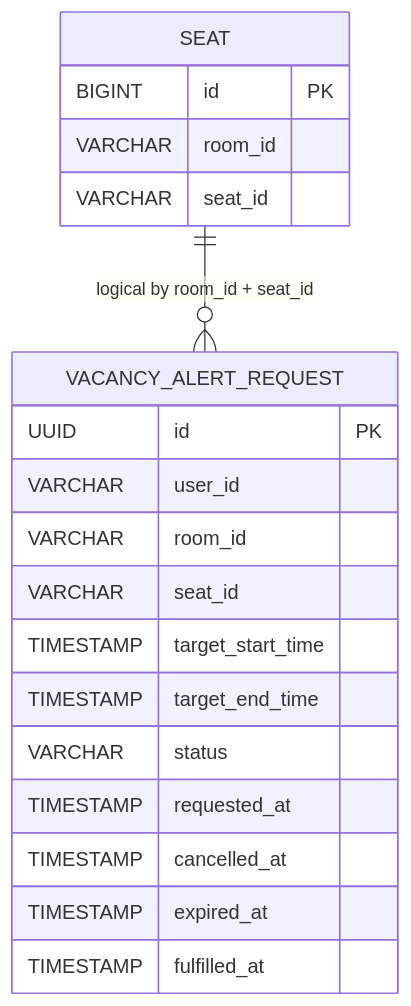
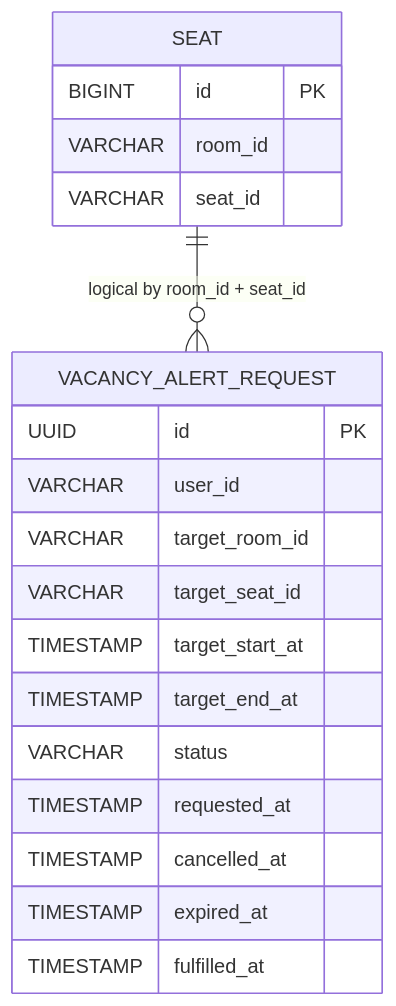
Before and after one commit to seat-liberator/SeatLiberator: the second of 3 diagrams in reservation/reservation-application/README.md, drawn with Mermaid. The commit also changed other lines of this file and 1 other file, not shown here.

````diff
--- a/reservation/reservation-application/README.md
+++ b/reservation/reservation-application/README.md
@@ -275,24 +305,24 @@
 ```mermaid
 erDiagram
     SEAT {
         BIGINT id PK
         VARCHAR room_id
         VARCHAR seat_id
     }
 
     VACANCY_ALERT_REQUEST {
         UUID id PK
         VARCHAR user_id
-        VARCHAR room_id
-        VARCHAR seat_id
-        TIMESTAMP target_start_time
-        TIMESTAMP target_end_time
+        VARCHAR target_room_id
+        VARCHAR target_seat_id
+        TIMESTAMP target_start_at
+        TIMESTAMP target_end_at
         VARCHAR status
         TIMESTAMP requested_at
         TIMESTAMP cancelled_at
         TIMESTAMP expired_at
         TIMESTAMP fulfilled_at
     }
 
     SEAT ||--o{ VACANCY_ALERT_REQUEST : "logical by room_id + seat_id"
 ```
````
